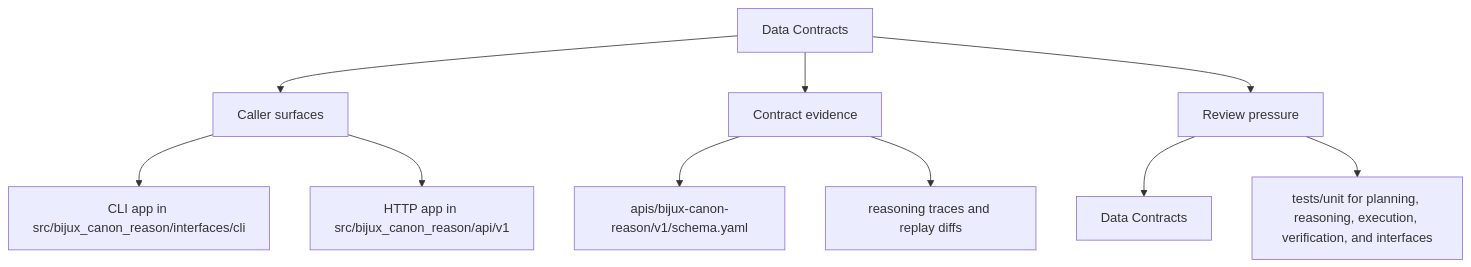
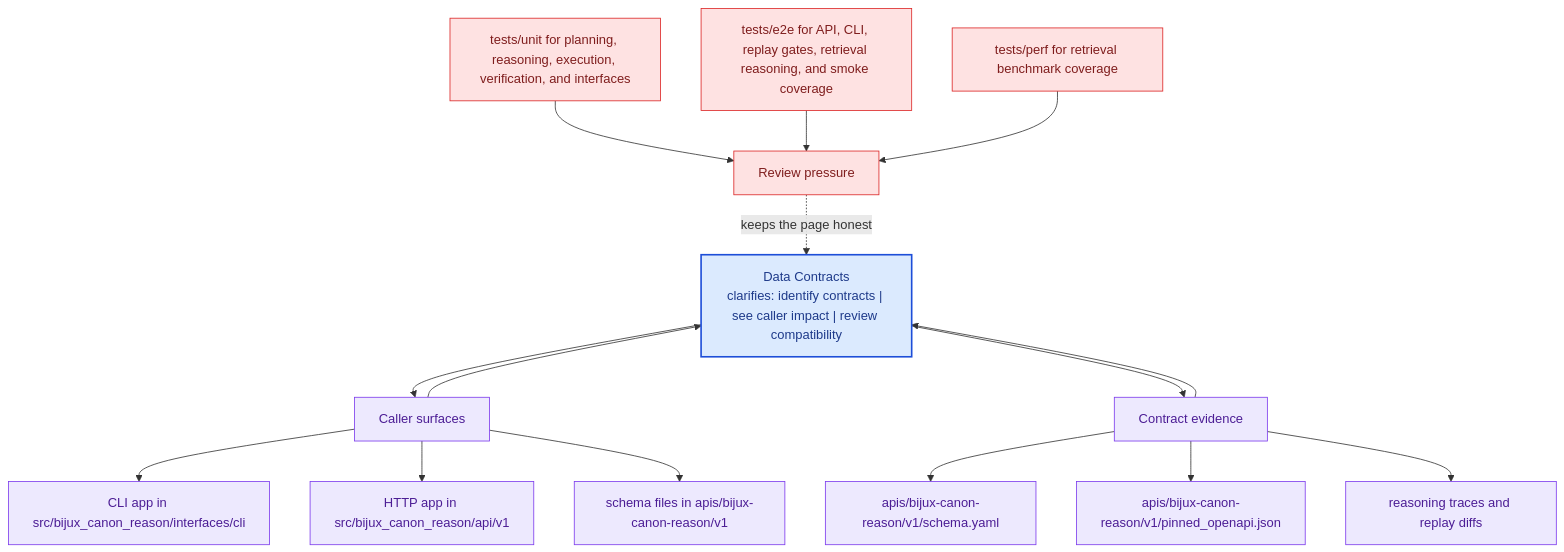
Before and after one commit to bijux/bijux-canon: the second of 2 diagrams in docs/bijux-canon-reason/interfaces/data-contracts.md, drawn with Mermaid. The commit also changed other lines of this file and 281 other files, not shown here.

Commit message:
docs(diagrams): deepen handbook mermaid maps across the catalog

````diff
--- a/docs/bijux-canon-reason/interfaces/data-contracts.md
+++ b/docs/bijux-canon-reason/interfaces/data-contracts.md
@@ -35,22 +68,41 @@
 ```mermaid
-flowchart TD
-    page["Data Contracts"]
+flowchart TB
+    promise["Data Contracts<br/>clarifies: identify contracts | see caller impact | review compatibility"]
+    classDef promise fill:#dbeafe,stroke:#1d4ed8,color:#1e3a8a,stroke-width:2px;
+    classDef driver fill:#dcfce7,stroke:#16a34a,color:#14532d;
+    classDef constraint fill:#fee2e2,stroke:#dc2626,color:#7f1d1d;
+    classDef ground fill:#ede9fe,stroke:#7c3aed,color:#4c1d95;
     focus1["Caller surfaces"]
-    page --> focus1
+    focus1 --> promise
+    promise --> focus1
     focus1_1["CLI app in src/bijux_canon_reason/interfaces/cli"]
     focus1 --> focus1_1
     focus1_2["HTTP app in src/bijux_canon_reason/api/v1"]
     focus1 --> focus1_2
+    focus1_3["schema files in apis/bijux-canon-reason/v1"]
+    focus1 --> focus1_3
+    class focus1 ground;
+    class focus1_1,focus1_2,focus1_3 ground;
     focus2["Contract evidence"]
-    page --> focus2
+    focus2 --> promise
+    promise --> focus2
     focus2_1["apis/bijux-canon-reason/v1/schema.yaml"]
     focus2 --> focus2_1
-    focus2_2["reasoning traces and replay diffs"]
+    focus2_2["apis/bijux-canon-reason/v1/pinned_openapi.json"]
     focus2 --> focus2_2
+    focus2_3["reasoning traces and replay diffs"]
+    focus2 --> focus2_3
+    class focus2 ground;
+    class focus2_1,focus2_2,focus2_3 ground;
     focus3["Review pressure"]
-    page --> focus3
-    focus3_1["Data Contracts"]
-    focus3 --> focus3_1
-    focus3_2["tests/unit for planning, reasoning, execution, verification, and interfaces"]
-    focus3 --> focus3_2
+    focus3 -.keeps the page honest.-> promise
+    focus3_1["tests/unit for planning, reasoning, execution, verification, and interfaces"]
+    focus3_1 --> focus3
+    focus3_2["tests/e2e for API, CLI, replay gates, retrieval reasoning, and smoke coverage"]
+    focus3_2 --> focus3
+    focus3_3["tests/perf for retrieval benchmark coverage"]
+    focus3_3 --> focus3
+    class focus3 constraint;
+    class focus3_1,focus3_2,focus3_3 constraint;
+    class promise promise;
 ```
````
